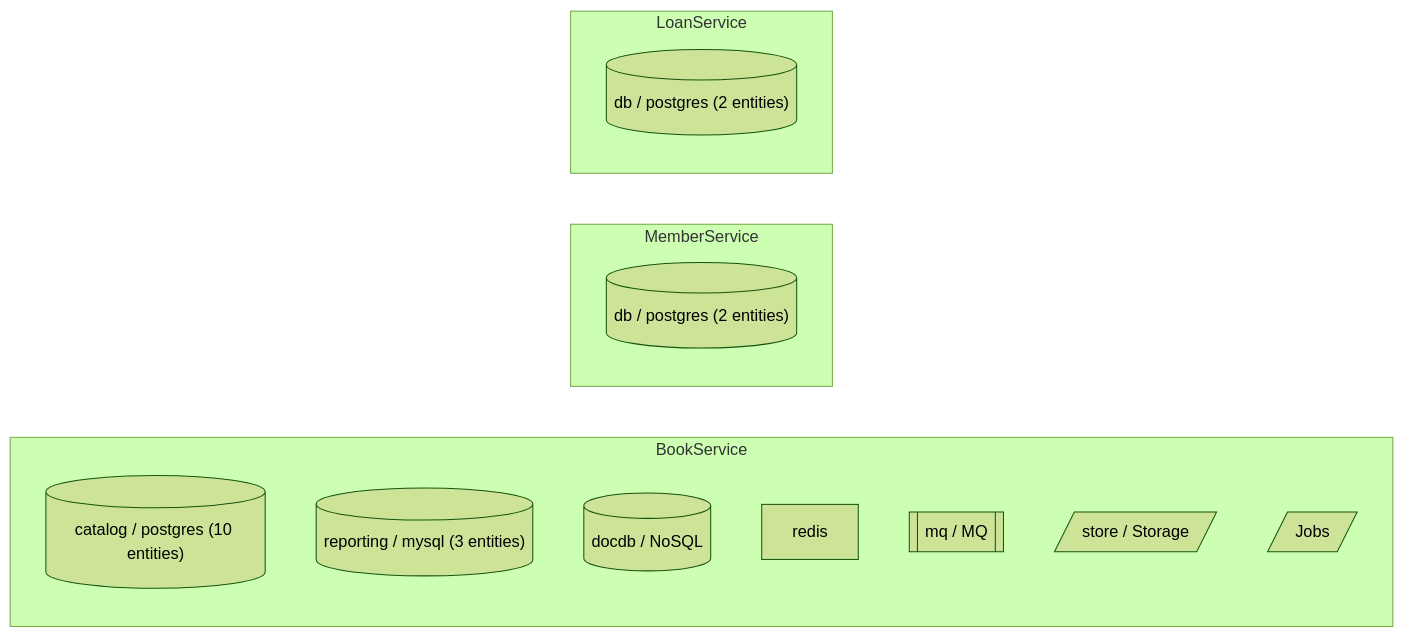
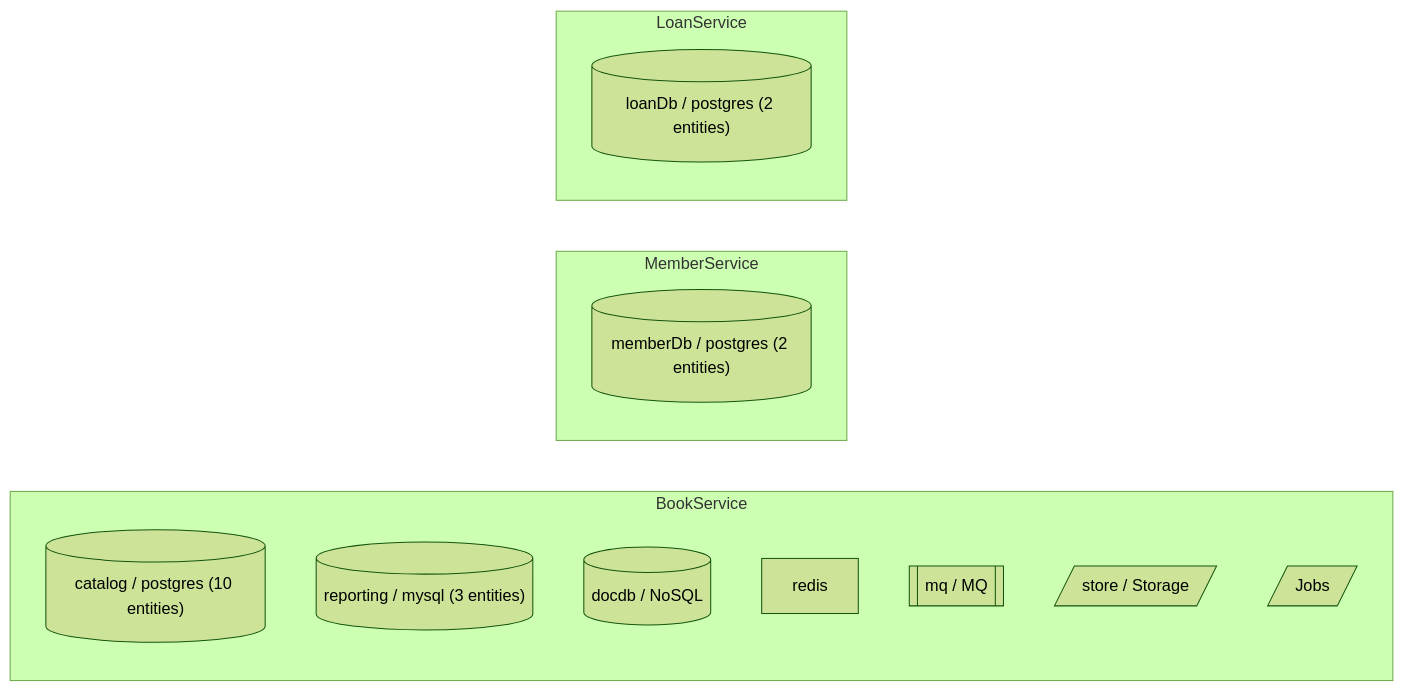
The diagram in examples/01-tutorial/41-file-operations/docs/diagrams/infrastructure.md (keturk/datrix), drawn with Mermaid (forest theme) before and after one commit. The commit also changed 158 other files, not shown here.

First line of the commit message:
Examples: name RDBMS blocks and align diagrams/docs with multi-datasource style

````diff
--- a/examples/01-tutorial/41-file-operations/docs/diagrams/infrastructure.md
+++ b/examples/01-tutorial/41-file-operations/docs/diagrams/infrastructure.md
@@ -3,18 +3,18 @@
 ```mermaid
 graph LR
     subgraph "BookService"
     book_service_rdbms_catalog[("catalog / postgres (10 entities)")]
     book_service_rdbms_reporting[("reporting / mysql (3 entities)")]
     book_service_nosql_docdb[("docdb / NoSQL")]
     book_service_cache["redis"]
     book_service_mq_mq[["mq / MQ"]]
     book_service_storage_store[/"store / Storage"/]
     book_service_jobs[/"Jobs"/]
     end
     subgraph "MemberService"
-    member_service_rdbms_db[("db / postgres (2 entities)")]
+    member_service_rdbms_member_db[("memberDb / postgres (2 entities)")]
     end
     subgraph "LoanService"
-    loan_service_rdbms_db[("db / postgres (2 entities)")]
+    loan_service_rdbms_loan_db[("loanDb / postgres (2 entities)")]
     end
 ```
````
